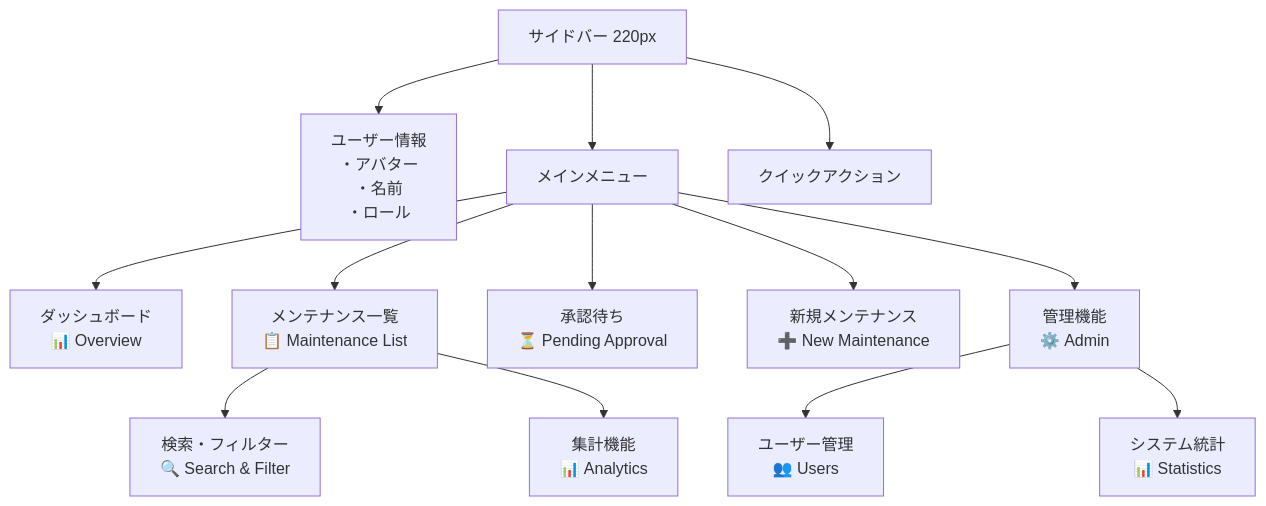
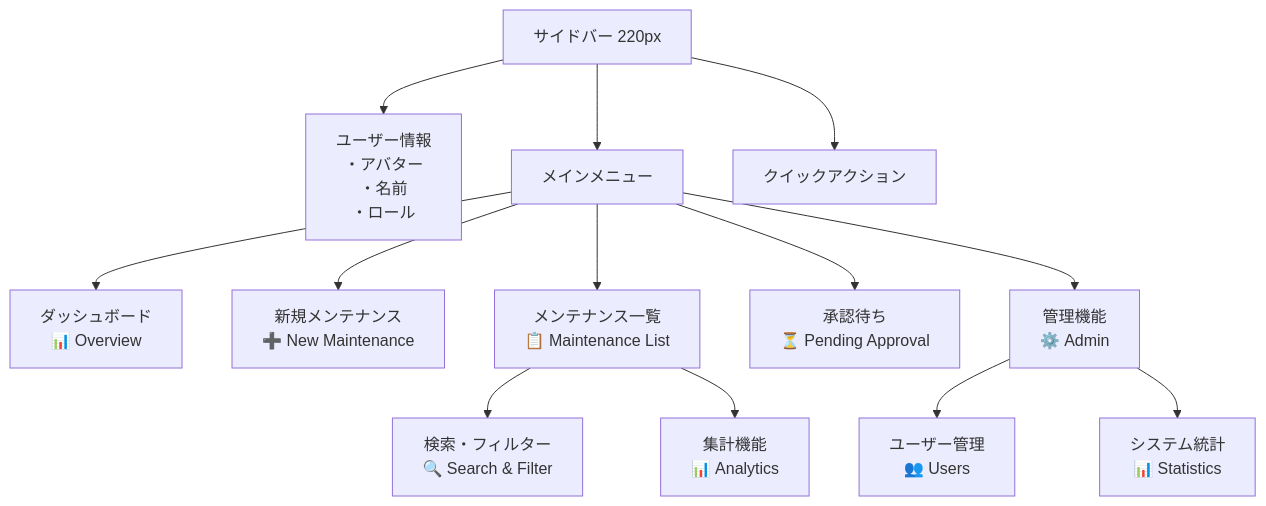
Before and after one commit to ekrsw/knowledge_app: the fourth of 15 diagrams in frontend/docs/architecture.md, drawn with Mermaid. The commit also changed 3 other files, not shown here.

````diff
--- a/frontend/docs/architecture.md
+++ b/frontend/docs/architecture.md
@@ -67,18 +67,18 @@
 ```mermaid
 graph TD
     S[サイドバー 220px] --> T[ユーザー情報<br/>・アバター<br/>・名前<br/>・ロール]
     S --> U[メインメニュー]
     S --> V[クイックアクション]
 
     U --> W[ダッシュボード<br/>📊 Overview]
-    U --> X[メンテナンス一覧<br/>📋 Maintenance List]
-    U --> Y[承認待ち<br/>⏳ Pending Approval]
-    U --> Z[新規メンテナンス<br/>➕ New Maintenance]
+    U --> X[新規メンテナンス<br/>➕ New Maintenance]
+    U --> Y[メンテナンス一覧<br/>📋 Maintenance List]
+    U --> Z[承認待ち<br/>⏳ Pending Approval]
     U --> AA[管理機能<br/>⚙️ Admin]
 
-    X --> BB[検索・フィルター<br/>🔍 Search & Filter]
-    X --> CC[集計機能<br/>📊 Analytics]
+    Y --> BB[検索・フィルター<br/>🔍 Search & Filter]
+    Y --> CC[集計機能<br/>📊 Analytics]
 
     AA --> DD[ユーザー管理<br/>👥 Users]
     AA --> EE[システム統計<br/>📊 Statistics]
 ```
````
